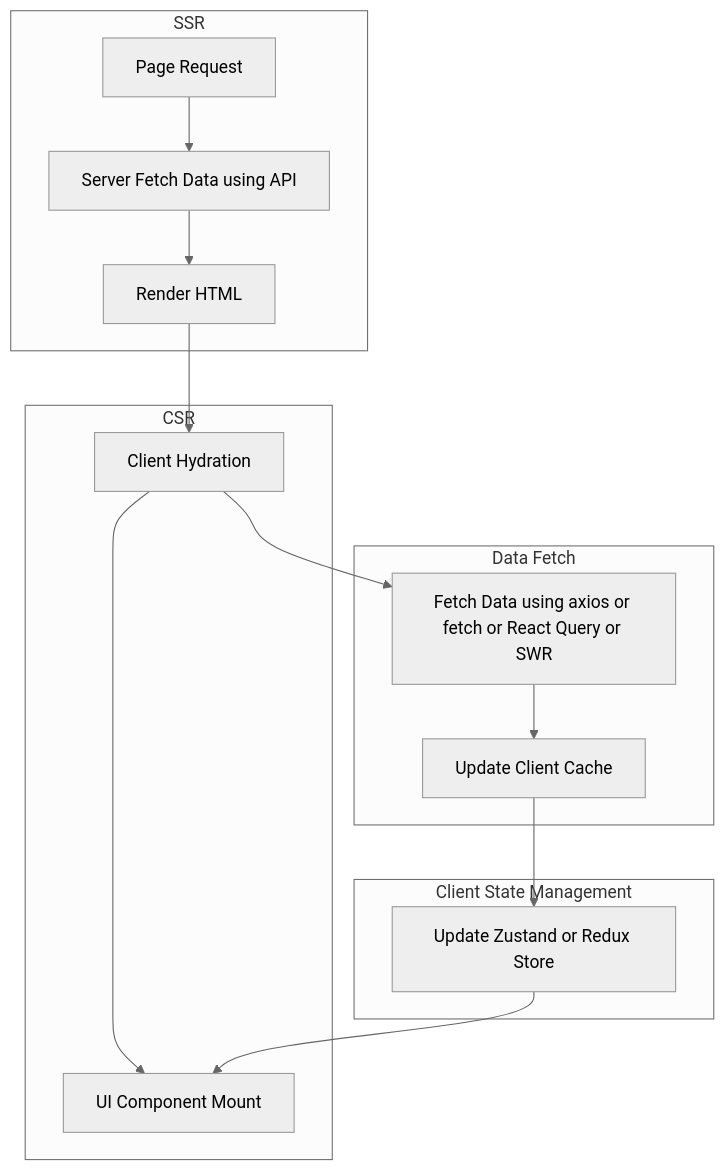
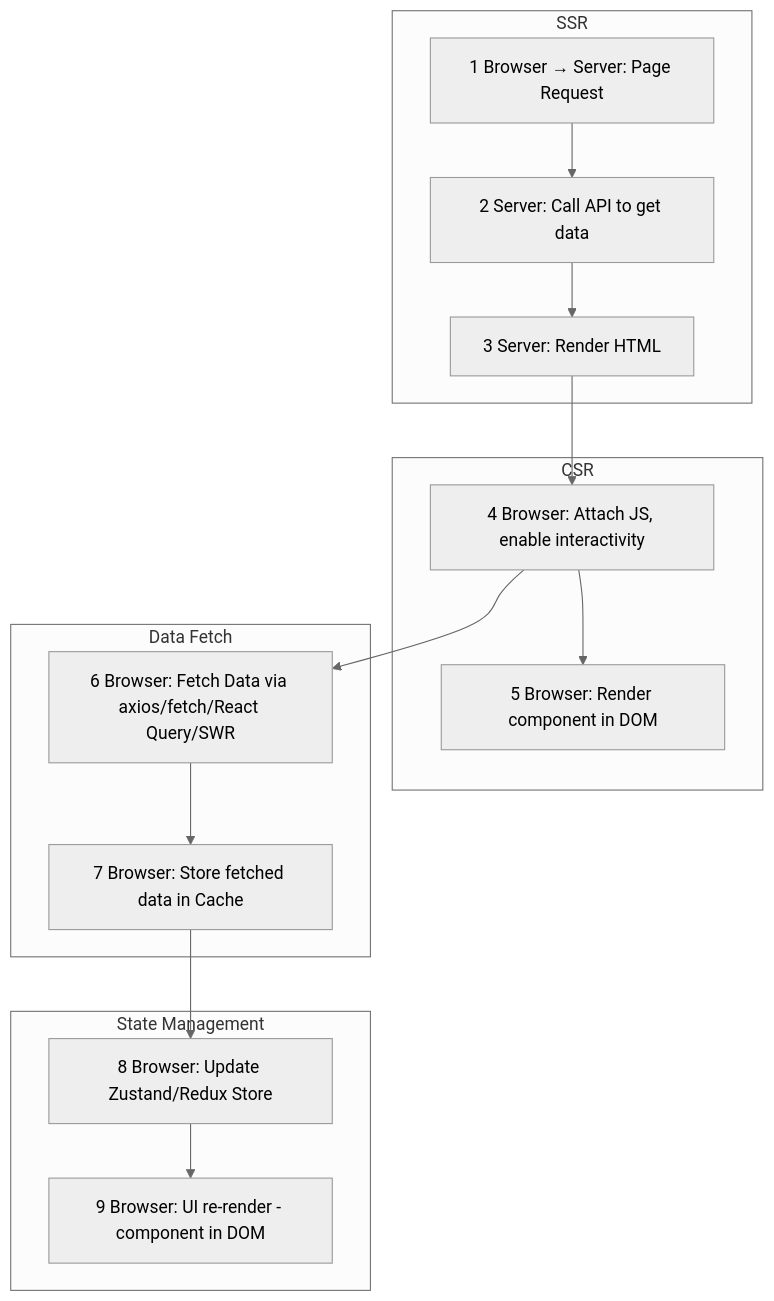
The diagram in README.md (coyote7wolf/coyote7wolf), drawn with Mermaid before and after one commit. The commit also changed other lines of this file, not shown here.

Commit message:
✨ feat(Documentation): enhance flowchart in README with detailed SSR and CSR steps for better clarity

````diff
--- a/README.md
+++ b/README.md
@@ -91,24 +91,24 @@
 ```mermaid
 %%{init: {"theme":"neutral"}}%%
 flowchart TD
-    subgraph SSR[SSR]
-        A[Page Request] --> B[Server Fetch Data using API]
-        B --> C[Render HTML]
-    end
+  subgraph SSR[SSR]
+    A[1 Browser → Server: Page Request]
+    A --> B[2 Server: Call API to get data]
+    B --> C[3 Server: Render HTML]
+  end
 
-    subgraph CSR[CSR]
-        C --> D[Client Hydration]
-        D --> E[UI Component Mount]
-    end
+  subgraph CSR[CSR]
+    C --> D[4 Browser: Attach JS, enable interactivity]
+    D --> E1[5 Browser: Render component in DOM]
+  end
 
-    subgraph DataFetch[Data Fetch]
-        D --> F[Fetch Data using axios or fetch or React Query or SWR]
-        F --> G[Update Client Cache]
-    end
+  subgraph DataFetch[Data Fetch]
+    D --> F[6 Browser: Fetch Data via axios/fetch/React Query/SWR]
+    F --> G[7 Browser: Store fetched data in Cache]
+  end
 
-    subgraph State[Client State Management]
-        G --> H[Update Zustand or Redux Store]
-        H --> E
-    end
-
+  subgraph State[State Management]
+    G --> H[8 Browser: Update Zustand/Redux Store]
+    H --> E2[9 Browser: UI re-render - component in DOM]
+  end
 ```
````
